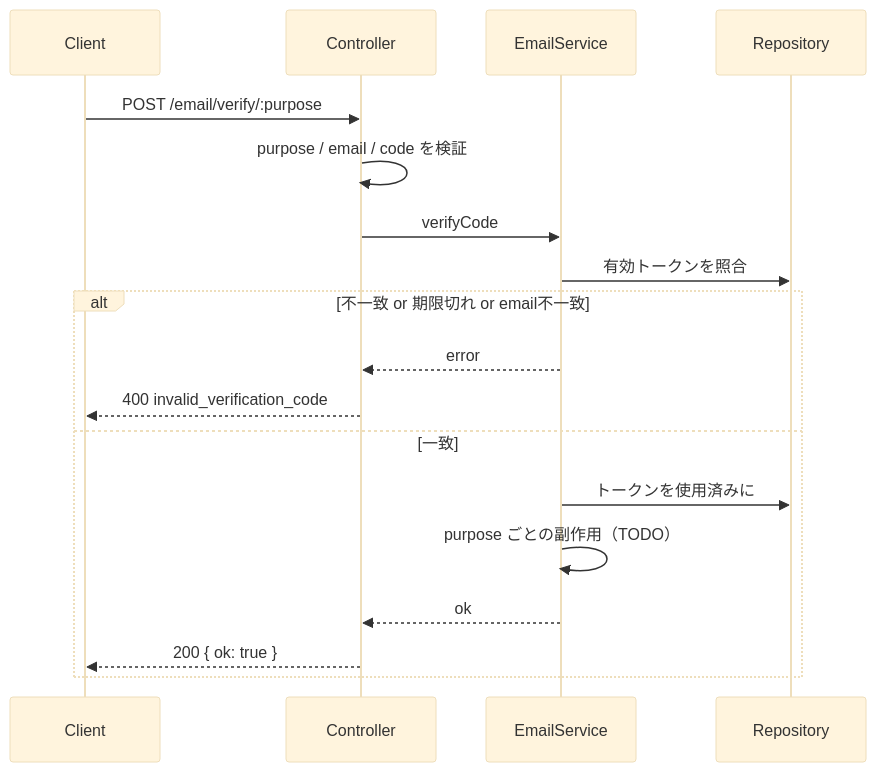
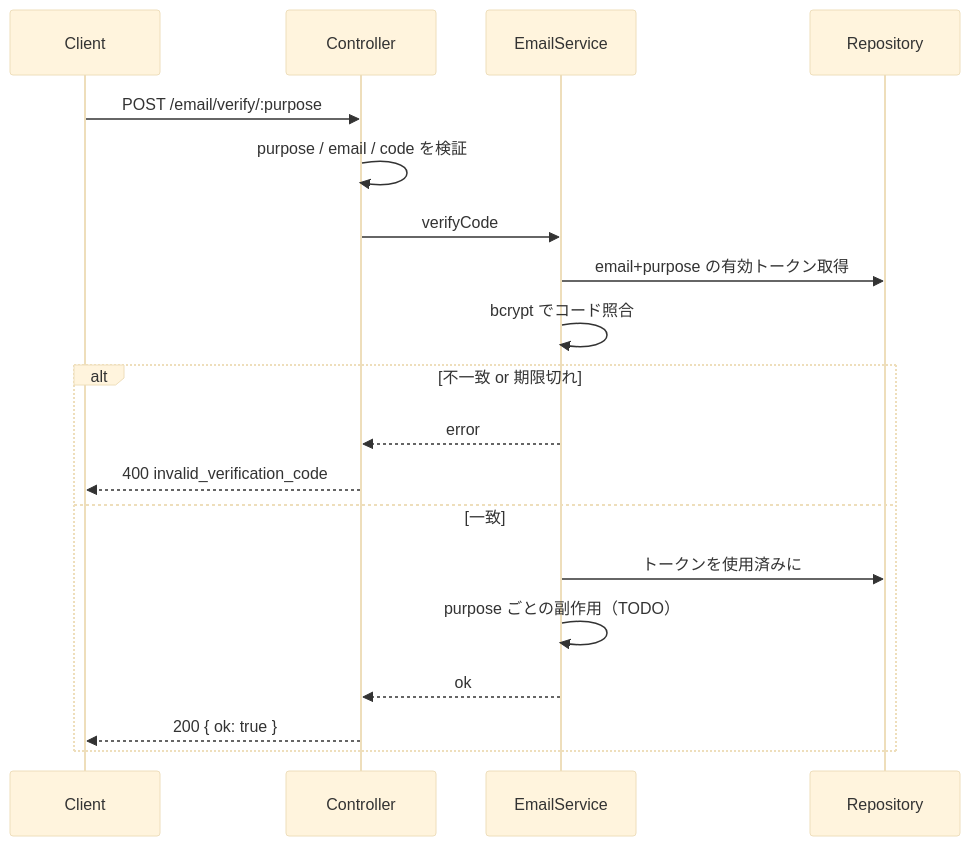
Before and after one commit to ukyo1114/waka-script: the second of 2 diagrams in packages/backend/docs/email.md, drawn with Mermaid (base theme). The commit also changed other lines of this file and 8 other files, not shown here.

````diff
--- a/packages/backend/docs/email.md
+++ b/packages/backend/docs/email.md
@@ -87,21 +87,22 @@
 ```mermaid
 sequenceDiagram
   participant C as Client
   participant Ctrl as Controller
   participant Svc as EmailService
   participant Repo as Repository
 
   C->>Ctrl: POST /email/verify/:purpose
   Ctrl->>Ctrl: purpose / email / code を検証
   Ctrl->>Svc: verifyCode
-  Svc->>Repo: 有効トークンを照合
-  alt 不一致 or 期限切れ or email不一致
+  Svc->>Repo: email+purpose の有効トークン取得
+  Svc->>Svc: bcrypt でコード照合
+  alt 不一致 or 期限切れ
     Svc-->>Ctrl: error
     Ctrl-->>C: 400 invalid_verification_code
   else 一致
     Svc->>Repo: トークンを使用済みに
     Svc->>Svc: purpose ごとの副作用（TODO）
     Svc-->>Ctrl: ok
     Ctrl-->>C: 200 { ok: true }
   end
 ```
````
